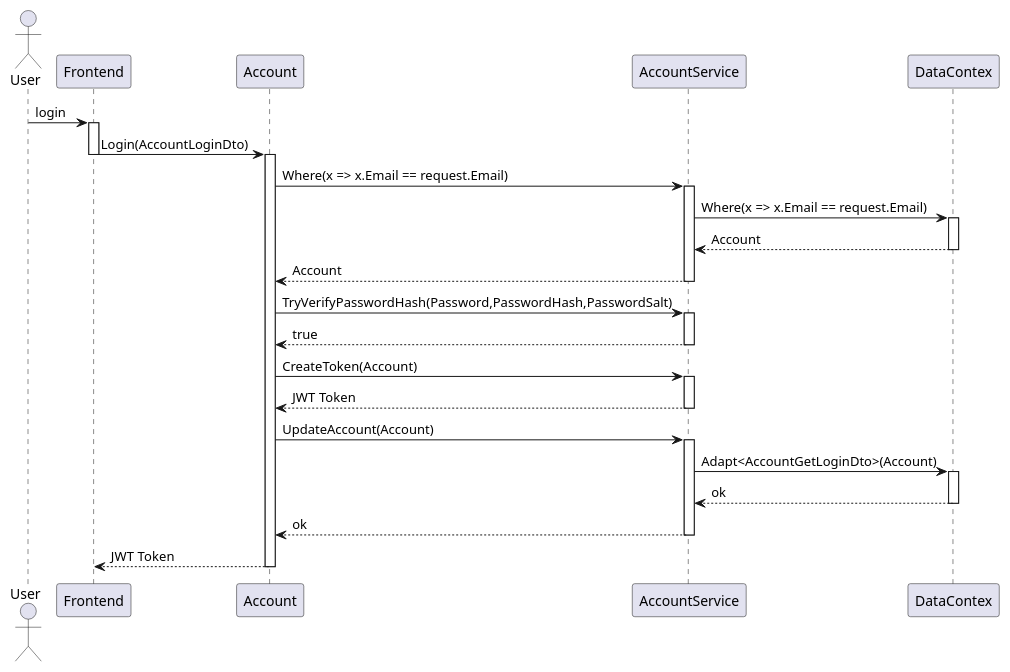
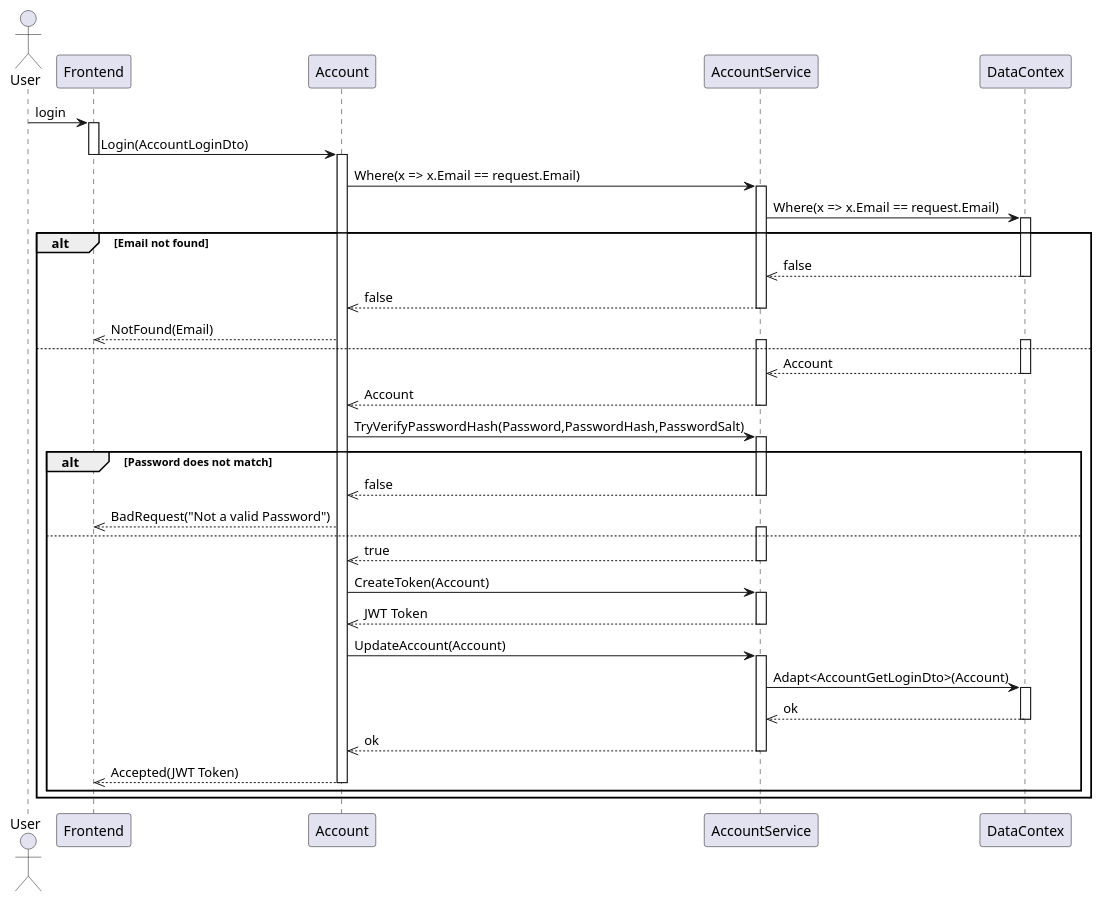
One commit to MartinStokholm/PRJ4_Repo changed the diagram in UML/PlanUML/SequenceDiagram/Account/AccountSequenceLogin.puml. Above: the diagram before and after it, drawn with PlantUML. The commit also changed 3 other files, not shown here.

Commit message:
Exception added to sequence diagram

```diff
--- a/UML/PlanUML/SequenceDiagram/Account/AccountSequenceLogin.puml
+++ b/UML/PlanUML/SequenceDiagram/Account/AccountSequenceLogin.puml
@@ -1,43 +1,62 @@
 @startuml AccountLoginSequenceDiagram
 
 
 Actor "User" as U
 participant "Frontend" as F
 participant "Account" as A
 participant "AccountService" as S
 participant "DataContex" as D
 
 U -> F : login
 activate F 
 F -> A : Login(AccountLoginDto)
 deactivate F 
 activate A
 A -> S : Where(x => x.Email == request.Email)
 activate S
 S -> D : Where(x => x.Email == request.Email)
 activate D
-D --> S : Account
-deactivate D
-S --> A : Account
-deactivate S
-A -> S : TryVerifyPasswordHash(Password,PasswordHash,PasswordSalt)
-activate S
-S --> A : true
-deactivate S
-A -> S : CreateToken(Account)
-activate S
-S --> A : JWT Token
-deactivate S
-A -> S : UpdateAccount(Account)
-activate S
-S -> D : Adapt<AccountGetLoginDto>(Account)
-activate D
-D --> S : ok
-deactivate D
-S --> A : ok
-deactivate S 
-A --> F : JWT Token
-deactivate A
 
+alt Email not found
+    D -->> S : false
+    deactivate D
+    S -->> A : false
+    deactivate S
+    A -->> F : NotFound(Email)
+else 
+    activate D
+    activate S
+    D -->> S : Account
+    deactivate D
+    S -->> A : Account
+    deactivate S
+
+    A -> S : TryVerifyPasswordHash(Password,PasswordHash,PasswordSalt)
+    alt Password does not match
+        activate S
+        S -->> A: false
+        deactivate S
+        A -->> F : BadRequest("Not a valid Password")
+    else 
+        activate S
+        S -->> A : true
+        deactivate S
+        A -> S : CreateToken(Account)
+        activate S
+        S -->> A : JWT Token
+        deactivate S
+        A -> S : UpdateAccount(Account)
+        activate S
+        S -> D : Adapt<AccountGetLoginDto>(Account)
+        activate D
+        D -->> S : ok
+        deactivate D
+        S -->> A : ok
+        deactivate S 
+        A -->> F : Accepted(JWT Token)
+        deactivate A
+    end
+
+end
 
 @enduml
```
